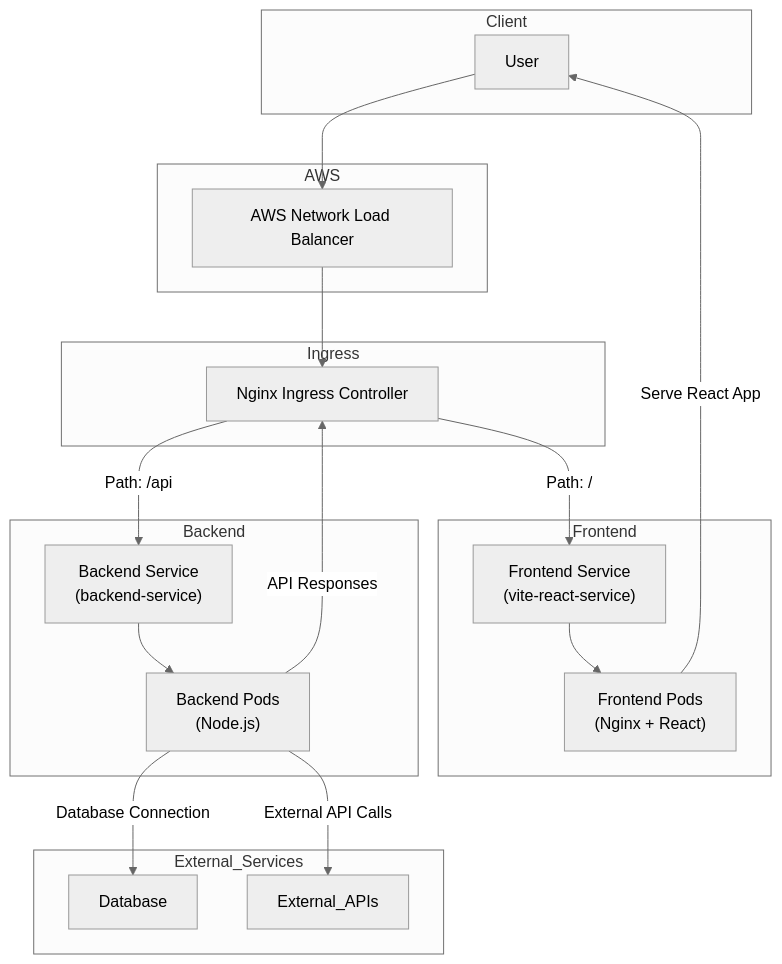
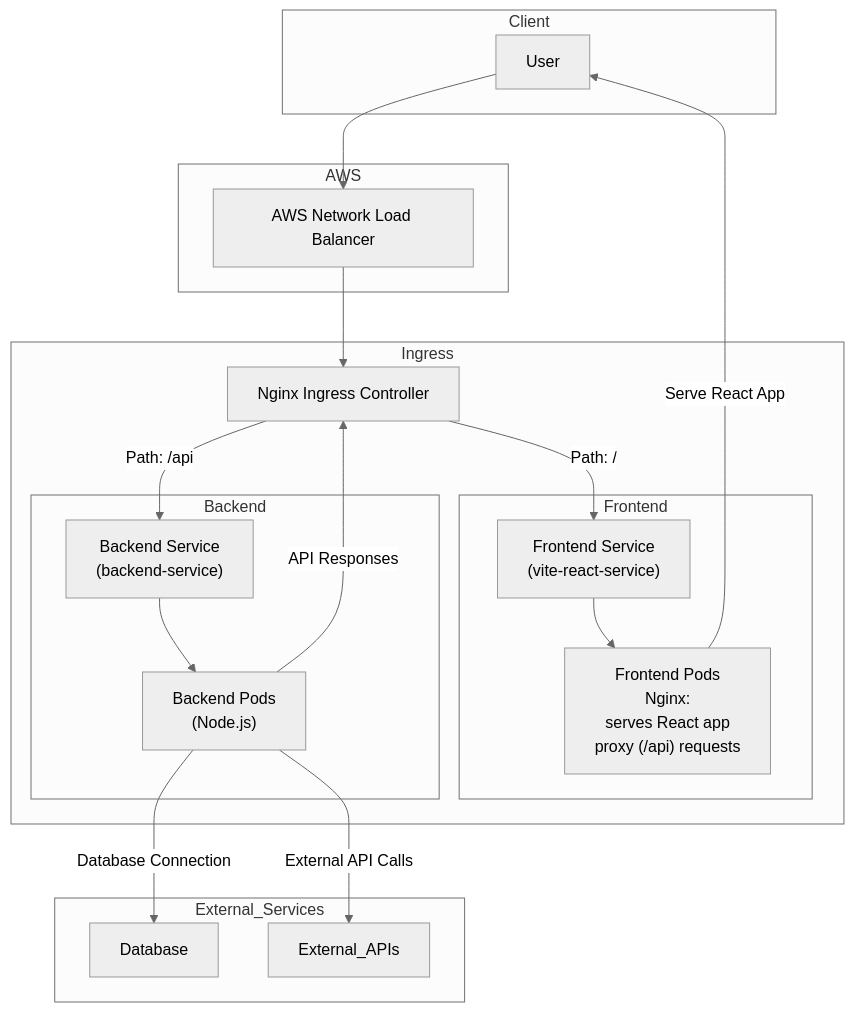
The diagram in readme.md (barmoshe/Wix-devops-workshop-final-project), drawn with Mermaid (neutral theme) before and after one commit. The commit also changed other lines of this file, not shown here.

Commit message:
Update uml with  drawio

````diff
--- a/readme.md
+++ b/readme.md
@@ -208,40 +175,41 @@
 ```mermaid
 graph TD
     subgraph Client
         User
     end
 
     subgraph AWS
         NLB["AWS Network Load Balancer"]
     end
 
     subgraph Ingress
         IngressController["Nginx Ingress Controller"]
-    end
 
     subgraph Frontend
         FrontendService["Frontend Service<br>(vite-react-service)"]
-        FrontendPods["Frontend Pods<br>(Nginx + React)"]
+        FrontendPods["Frontend Pods<br>Nginx:<br/> serves React app <br/> proxy (/api) requests"]
     end
 
     subgraph Backend
         BackendService["Backend Service<br>(backend-service)"]
         BackendPods["Backend Pods<br>(Node.js)"]
     end
+    end
+
 
     subgraph External_Services
         Database["Database"]
         External_APIs["External_APIs"]
     end
 
     User --> NLB
     NLB --> IngressController
     IngressController -->|"Path: /"| FrontendService
     IngressController -->|"Path: /api"| BackendService
     FrontendService --> FrontendPods
     BackendService --> BackendPods
     FrontendPods -->|"Serve React App"| User
     BackendPods -->|"API Responses"| IngressController
     BackendPods -->|"Database Connection"| Database
     BackendPods -->|"External API Calls"| External_APIs
 ```
````
